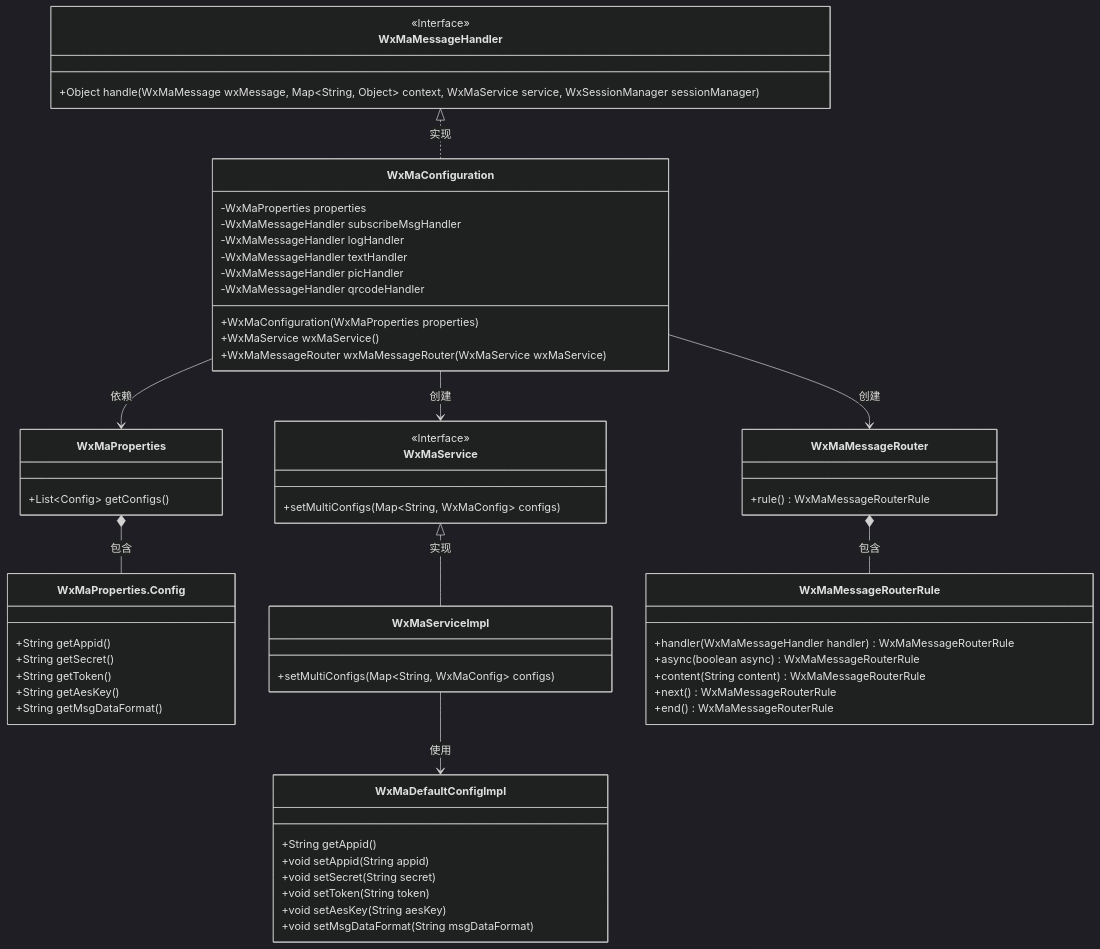
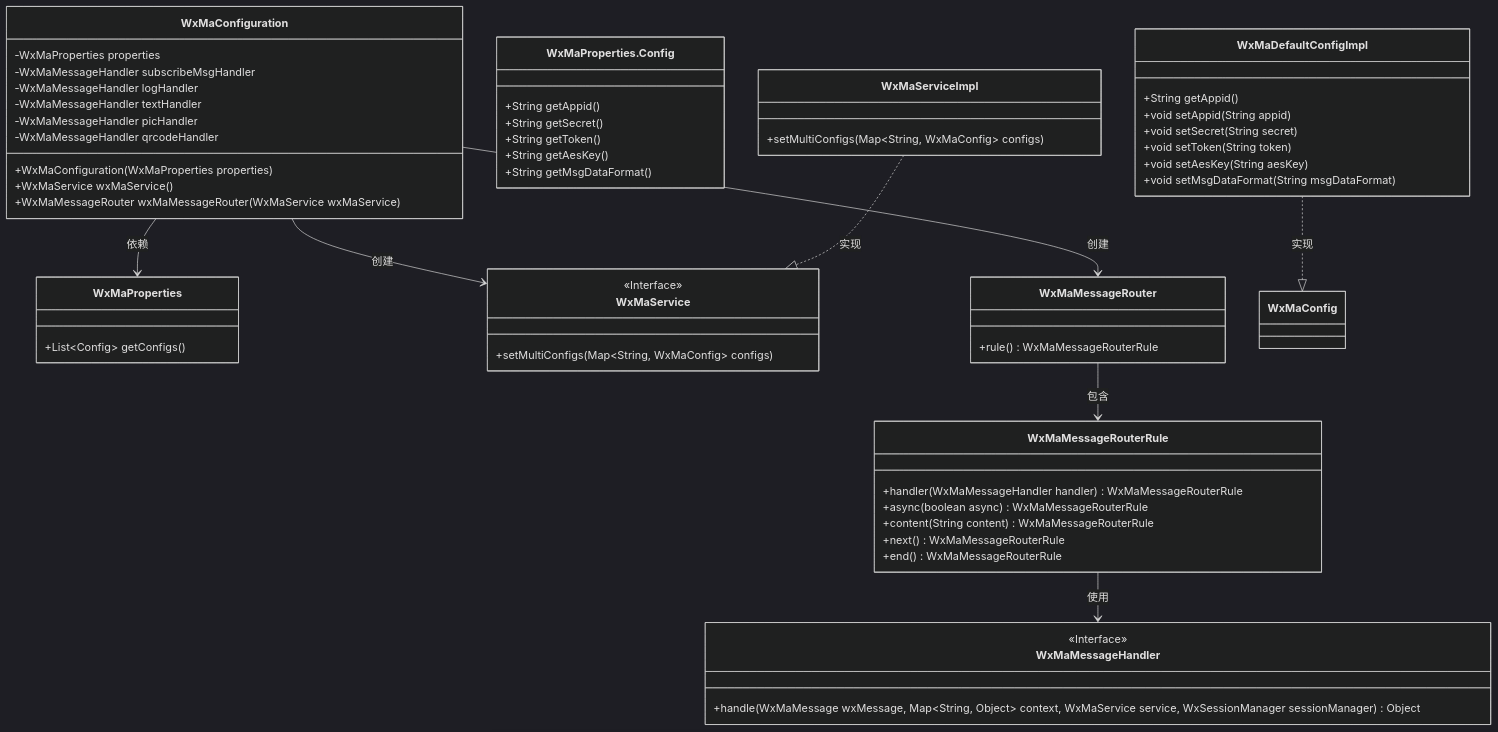
Before and after one commit to v-wjrong/rongwj666_weixin-java-miniapp-demo: the first of 3 diagrams in docs/zh/docs/src/main/java/com/github/binarywang/demo/wx/miniapp/config/WxMaConfiguration.md, drawn with Mermaid (dark theme). The commit also changed other lines of this file and 49 other files, not shown here.

````diff
--- a/docs/zh/docs/src/main/java/com/github/binarywang/demo/wx/miniapp/config/WxMaConfiguration.md
+++ b/docs/zh/docs/src/main/java/com/github/binarywang/demo/wx/miniapp/config/WxMaConfiguration.md
@@ -36,70 +36,69 @@
 ```mermaid
 classDiagram
     class WxMaConfiguration {
         -WxMaProperties properties
+        +WxMaConfiguration(WxMaProperties properties)
+        +WxMaService wxMaService()
+        +WxMaMessageRouter wxMaMessageRouter(WxMaService wxMaService)
         -WxMaMessageHandler subscribeMsgHandler
         -WxMaMessageHandler logHandler
         -WxMaMessageHandler textHandler
         -WxMaMessageHandler picHandler
         -WxMaMessageHandler qrcodeHandler
-        +WxMaConfiguration(WxMaProperties properties)
-        +WxMaService wxMaService()
-        +WxMaMessageRouter wxMaMessageRouter(WxMaService wxMaService)
     }
 
     class WxMaProperties {
         +List~Config~ getConfigs()
     }
 
     class WxMaProperties.Config {
         +String getAppid()
         +String getSecret()
         +String getToken()
         +String getAesKey()
         +String getMsgDataFormat()
     }
 
     class WxMaService {
         <<Interface>>
         +setMultiConfigs(Map~String, WxMaConfig~ configs)
     }
 
     class WxMaServiceImpl {
         +setMultiConfigs(Map~String, WxMaConfig~ configs)
     }
 
     class WxMaDefaultConfigImpl {
         +String getAppid()
         +void setAppid(String appid)
         +void setSecret(String secret)
         +void setToken(String token)
         +void setAesKey(String aesKey)
         +void setMsgDataFormat(String msgDataFormat)
     }
 
     class WxMaMessageRouter {
         +rule() WxMaMessageRouterRule
     }
 
     class WxMaMessageRouterRule {
         +handler(WxMaMessageHandler handler) WxMaMessageRouterRule
         +async(boolean async) WxMaMessageRouterRule
         +content(String content) WxMaMessageRouterRule
         +next() WxMaMessageRouterRule
         +end() WxMaMessageRouterRule
     }
 
     class WxMaMessageHandler {
         <<Interface>>
-        +Object handle(WxMaMessage wxMessage, Map~String, Object~ context, WxMaService service, WxSessionManager sessionManager)
+        +handle(WxMaMessage wxMessage, Map~String, Object~ context, WxMaService service, WxSessionManager sessionManager) Object
     }
 
     WxMaConfiguration --> WxMaProperties : 依赖
     WxMaConfiguration --> WxMaService : 创建
     WxMaConfiguration --> WxMaMessageRouter : 创建
-    WxMaService <|-- WxMaServiceImpl : 实现
-    WxMaProperties *-- WxMaProperties.Config : 包含
-    WxMaMessageRouter *-- WxMaMessageRouterRule : 包含
-    WxMaMessageHandler <|.. WxMaConfiguration : 实现
-    WxMaServiceImpl --> WxMaDefaultConfigImpl : 使用
+    WxMaServiceImpl ..|> WxMaService : 实现
+    WxMaDefaultConfigImpl ..|> WxMaConfig : 实现
+    WxMaMessageRouter --> WxMaMessageRouterRule : 包含
+    WxMaMessageRouterRule --> WxMaMessageHandler : 使用
 ```
````
